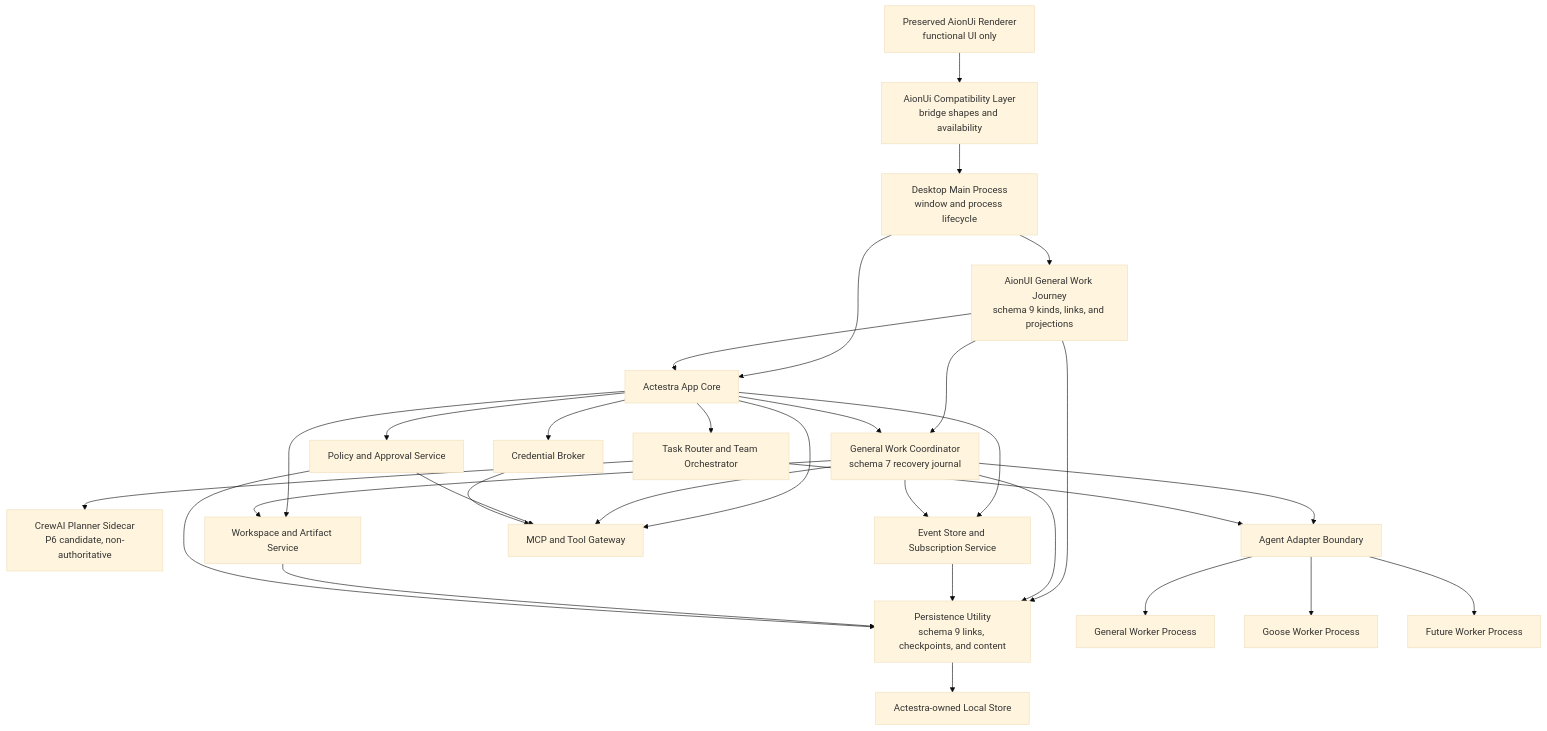
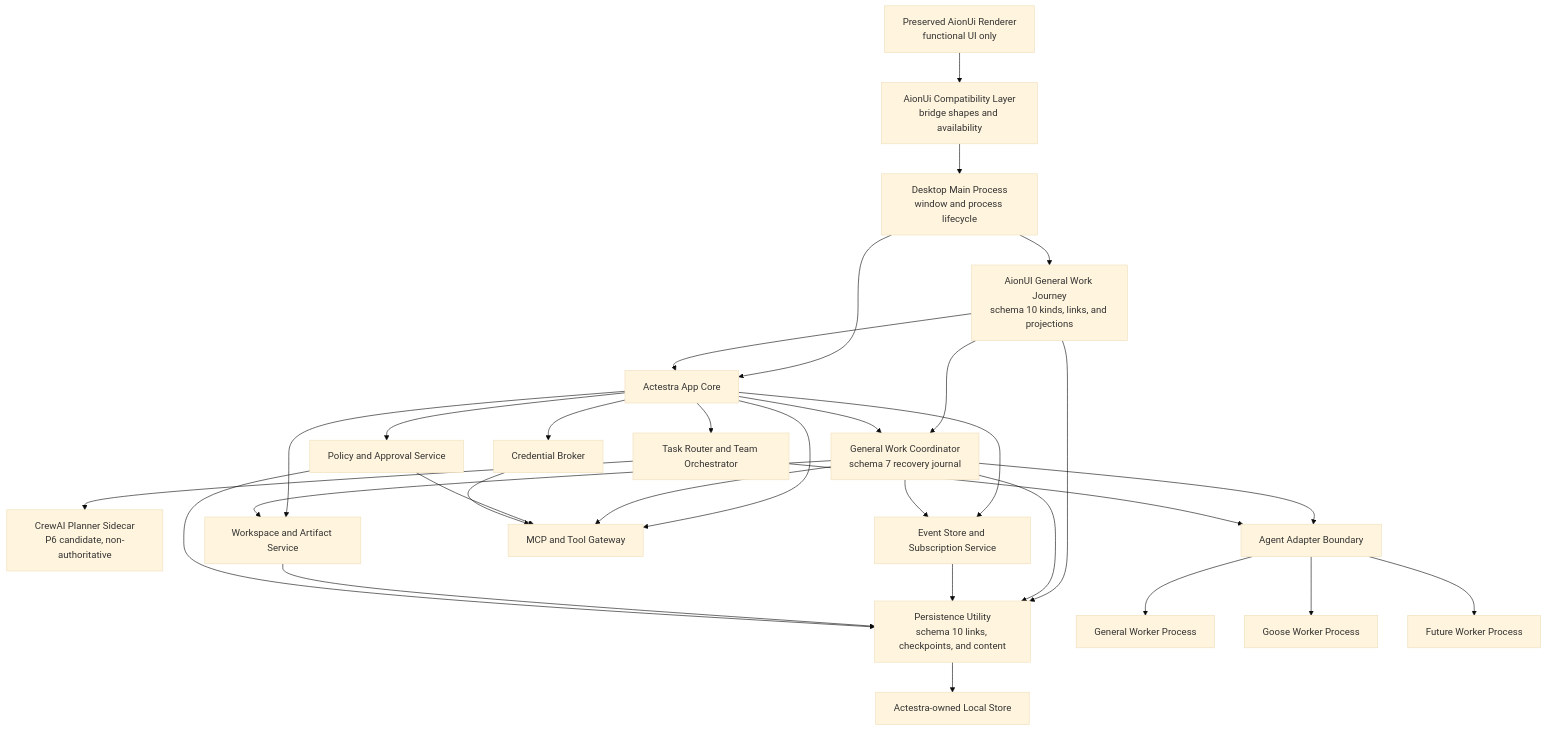
Before and after one commit to Ablankpaper/actestra-desktop: the diagram in docs/architecture/SYSTEM_OVERVIEW.md, drawn with Mermaid (base theme). The commit also changed other lines of this file and 23 other files, not shown here.

````diff
--- a/docs/architecture/SYSTEM_OVERVIEW.md
+++ b/docs/architecture/SYSTEM_OVERVIEW.md
@@ -16,53 +17,53 @@
 ```mermaid
 flowchart TD
     RENDERER["Preserved AionUi Renderer\nfunctional UI only"]
     COMPAT["AionUi Compatibility Layer\nbridge shapes and availability"]
     MAIN["Desktop Main Process\nwindow and process lifecycle"]
     CORE["Actestra App Core"]
-    JOURNEY["AionUI General Work Journey\nschema 9 kinds, links, and projections"]
+    JOURNEY["AionUI General Work Journey\nschema 10 kinds, links, and projections"]
     RECOVERY["General Work Coordinator\nschema 7 recovery journal"]
     ROUTER["Task Router and Team Orchestrator"]
     PLANNER["CrewAI Planner Sidecar\nP6 candidate, non-authoritative"]
     POLICY["Policy and Approval Service"]
     EVENTS["Event Store and Subscription Service"]
     ARTIFACTS["Workspace and Artifact Service"]
     CREDS["Credential Broker"]
     TOOLS["MCP and Tool Gateway"]
-    PERSIST["Persistence Utility\nschema 9 links, checkpoints, and content"]
+    PERSIST["Persistence Utility\nschema 10 links, checkpoints, and content"]
     ADAPTERS["Agent Adapter Boundary"]
     GENERAL["General Worker Process"]
     GOOSE["Goose Worker Process"]
     FUTURE["Future Worker Process"]
     STORE["Actestra-owned Local Store"]
 
     RENDERER --> COMPAT
     COMPAT --> MAIN
     MAIN --> CORE
     MAIN --> JOURNEY
     JOURNEY --> CORE
     JOURNEY --> RECOVERY
     JOURNEY --> PERSIST
     CORE --> RECOVERY
     CORE --> ROUTER
     CORE --> POLICY
     CORE --> EVENTS
     CORE --> ARTIFACTS
     CORE --> CREDS
     CORE --> TOOLS
     RECOVERY --> EVENTS
     RECOVERY --> ARTIFACTS
     RECOVERY --> TOOLS
     RECOVERY --> ADAPTERS
     RECOVERY --> PERSIST
     ROUTER --> ADAPTERS
     ROUTER --> PLANNER
     ADAPTERS --> GENERAL
     ADAPTERS --> GOOSE
     ADAPTERS --> FUTURE
     POLICY --> TOOLS
     CREDS --> TOOLS
     EVENTS --> PERSIST
     ARTIFACTS --> PERSIST
     POLICY --> PERSIST
     PERSIST --> STORE
 ```
````
